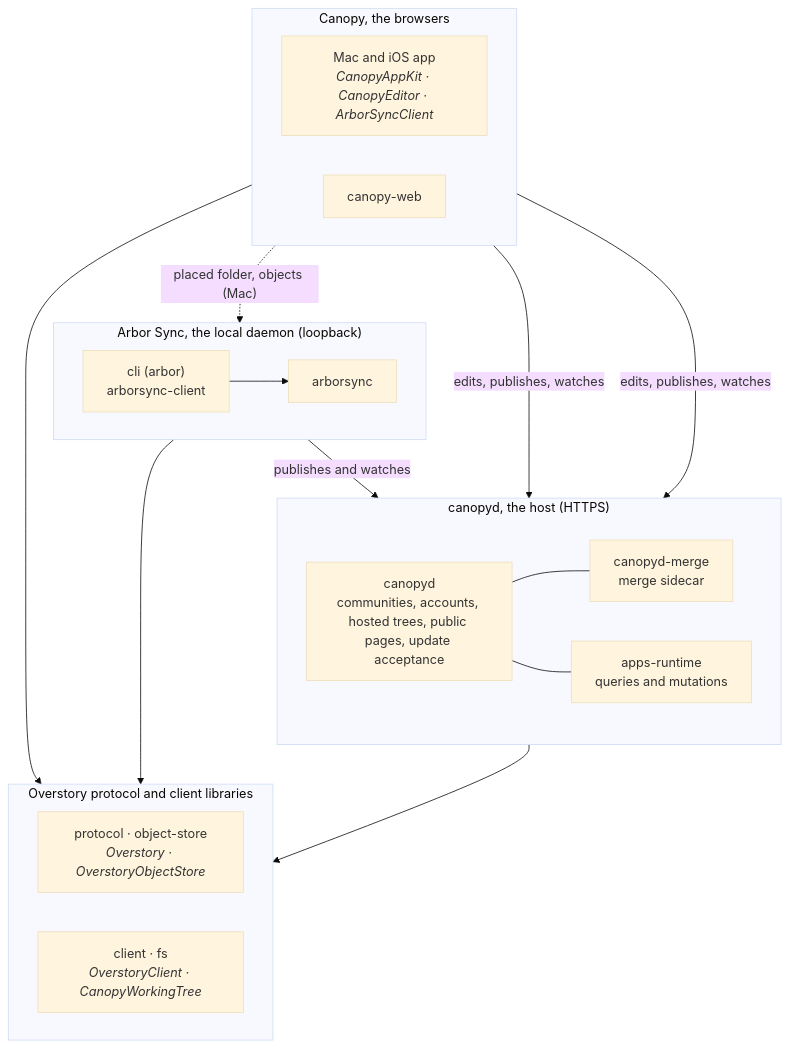
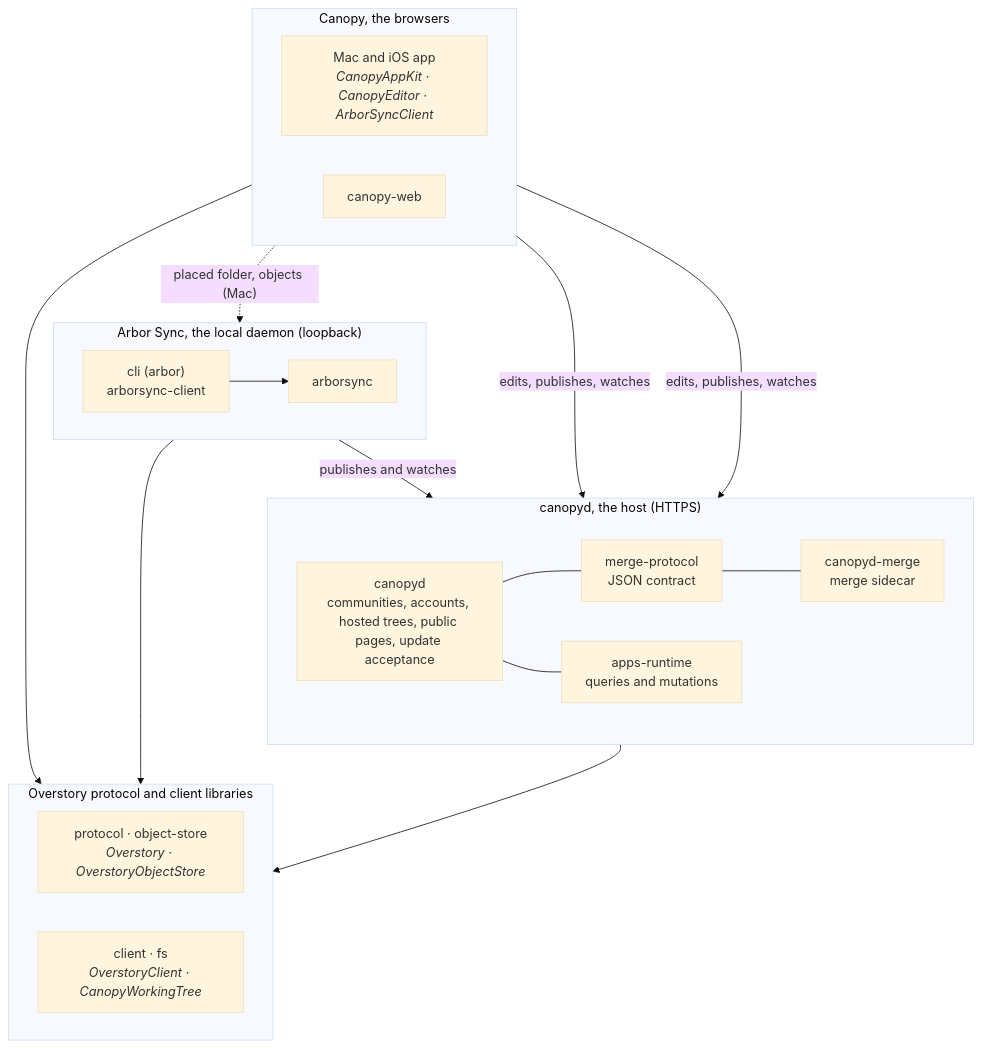
One commit to jxe/arbor changed the diagram in README.md. Above: the diagram before and after it, drawn with Mermaid (base theme). The commit also changed other lines of this file and 12 other files, not shown here.

````diff
--- a/README.md
+++ b/README.md
@@ -43,34 +45,36 @@
 ```mermaid
 flowchart TB
   subgraph proto["Overstory protocol and client libraries"]
     direction LR
     P["protocol · object-store<br/><i>Overstory · OverstoryObjectStore</i>"]
     C["client · fs<br/><i>OverstoryClient · CanopyWorkingTree</i>"]
   end
   subgraph host["canopyd, the host (HTTPS)"]
     direction LR
     D["canopyd<br/>communities, accounts, hosted trees, public pages, update acceptance"]
     M["canopyd-merge<br/>merge sidecar"]
+    MP["merge-protocol<br/>JSON contract"]
     AR["apps-runtime<br/>queries and mutations"]
   end
   subgraph arbor["Arbor Sync, the local daemon (loopback)"]
     direction LR
     AS["arborsync"]
     CLI["cli (arbor)<br/>arborsync-client"]
   end
   subgraph canopy["Canopy, the browsers"]
     direction LR
     APP["Mac and iOS app<br/><i>CanopyAppKit · CanopyEditor · ArborSyncClient</i>"]
     WEB["canopy-web"]
   end
-  D --- M
+  D --- MP
+  MP --- M
   D --- AR
   AS -- "publishes and watches" --> D
   APP -- "edits, publishes, watches" --> D
   WEB -- "edits, publishes, watches" --> D
   APP -. "placed folder, objects (Mac)" .-> AS
   CLI --> AS
   host --> proto
   arbor --> proto
   canopy --> proto
 ```
````
